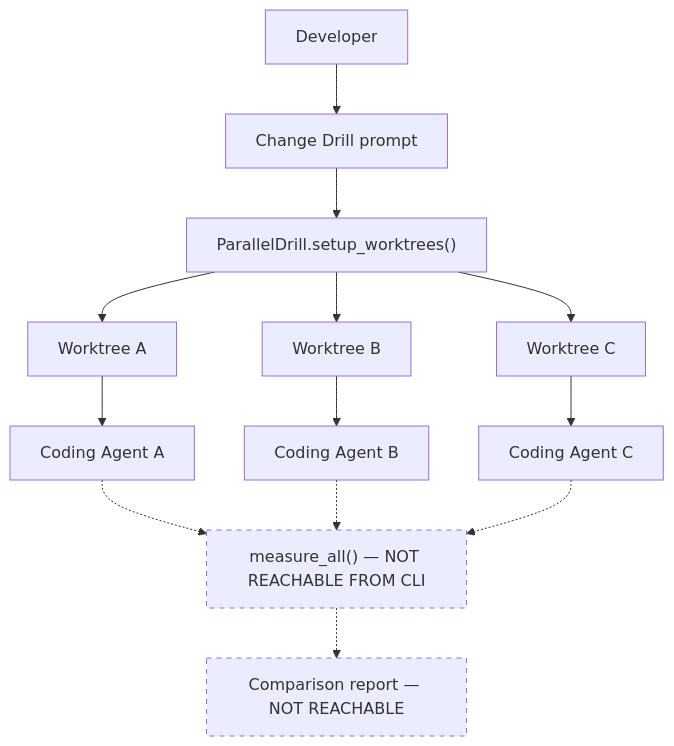
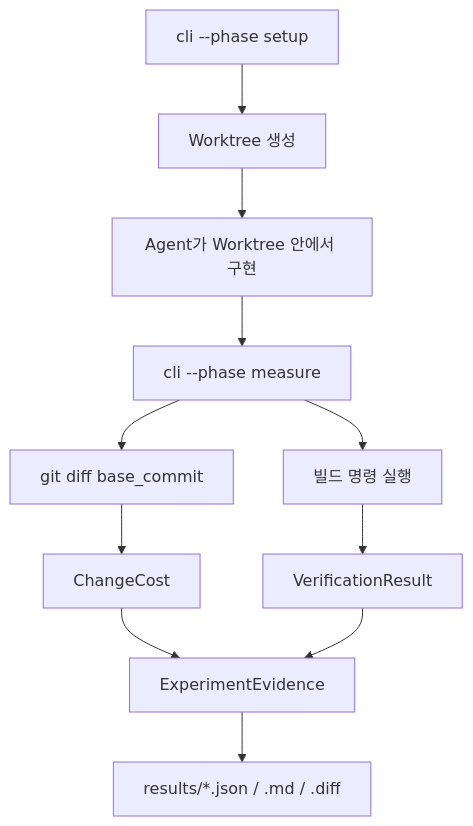
Before and after one commit to ReviewTicketFullstack/MiniProject: the second of 2 diagrams in docs/system_design.md, drawn with Mermaid. The commit also changed other lines of this file and 3 other files, not shown here.

````diff
--- a/docs/system_design.md
+++ b/docs/system_design.md
@@ -52,19 +53,13 @@
 ```mermaid
 flowchart TD
-    A[Developer] --> B[Change Drill prompt]
-    B --> C["ParallelDrill.setup_worktrees()"]
-    C --> D[Worktree A]
-    C --> E[Worktree B]
-    C --> F[Worktree C]
-    D --> G[Coding Agent A]
-    E --> H[Coding Agent B]
-    F --> I[Coding Agent C]
-    G -.-> M
-    H -.-> M
-    I -.-> M
-    M["measure_all() — NOT REACHABLE FROM CLI"]
-    M -.-> N["Comparison report — NOT REACHABLE"]
-
-    style M stroke-dasharray: 5 5
-    style N stroke-dasharray: 5 5
+    A["cli --phase setup"] --> B[Worktree 생성]
+    B --> C[Agent가 Worktree 안에서 구현]
+    C --> D["cli --phase measure"]
+    D --> E["git diff base_commit"]
+    E --> F[ChangeCost]
+    D --> G[빌드 명령 실행]
+    G --> H[VerificationResult]
+    F --> I[ExperimentEvidence]
+    H --> I
+    I --> J["results/*.json / .md / .diff"]
 ```
````
